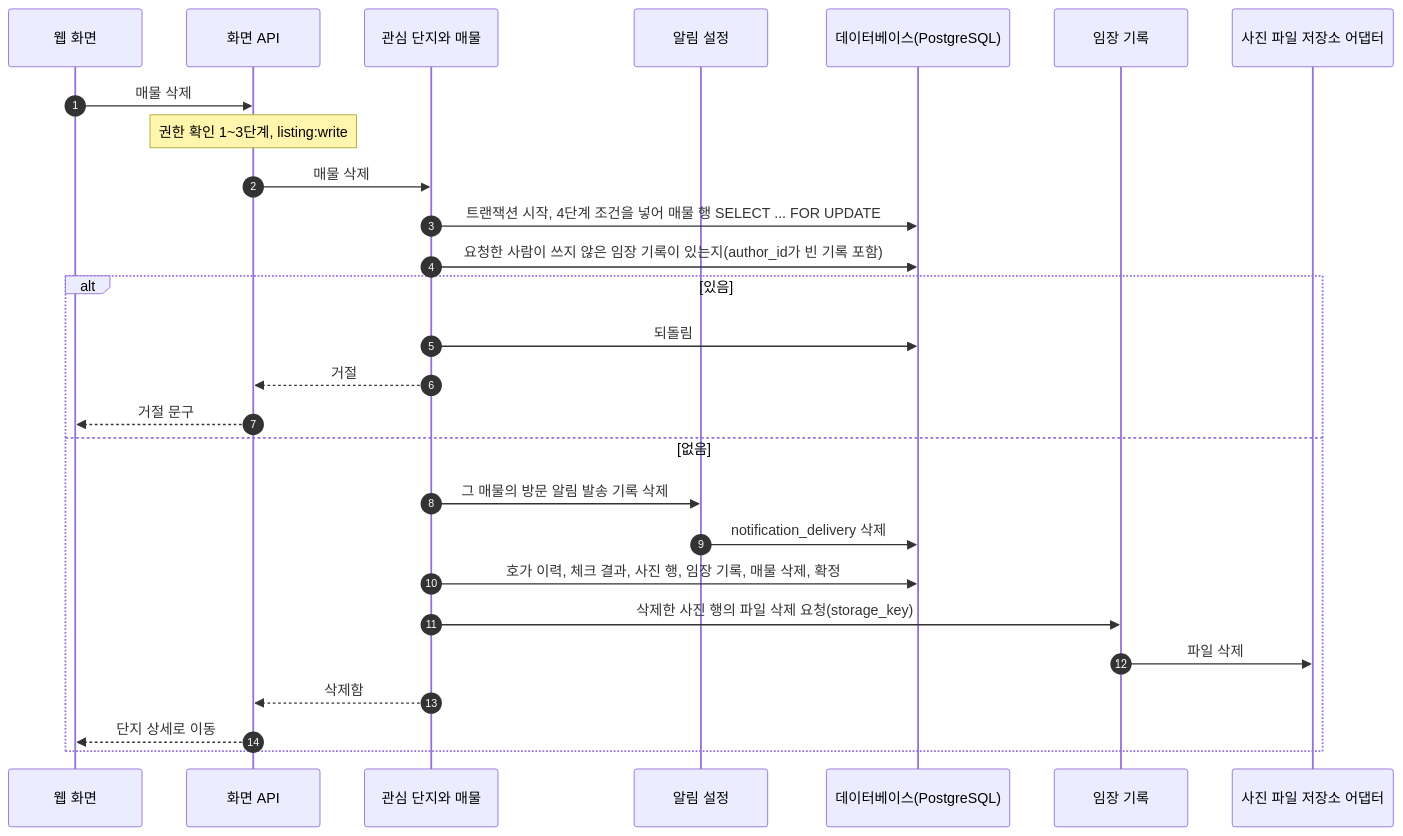
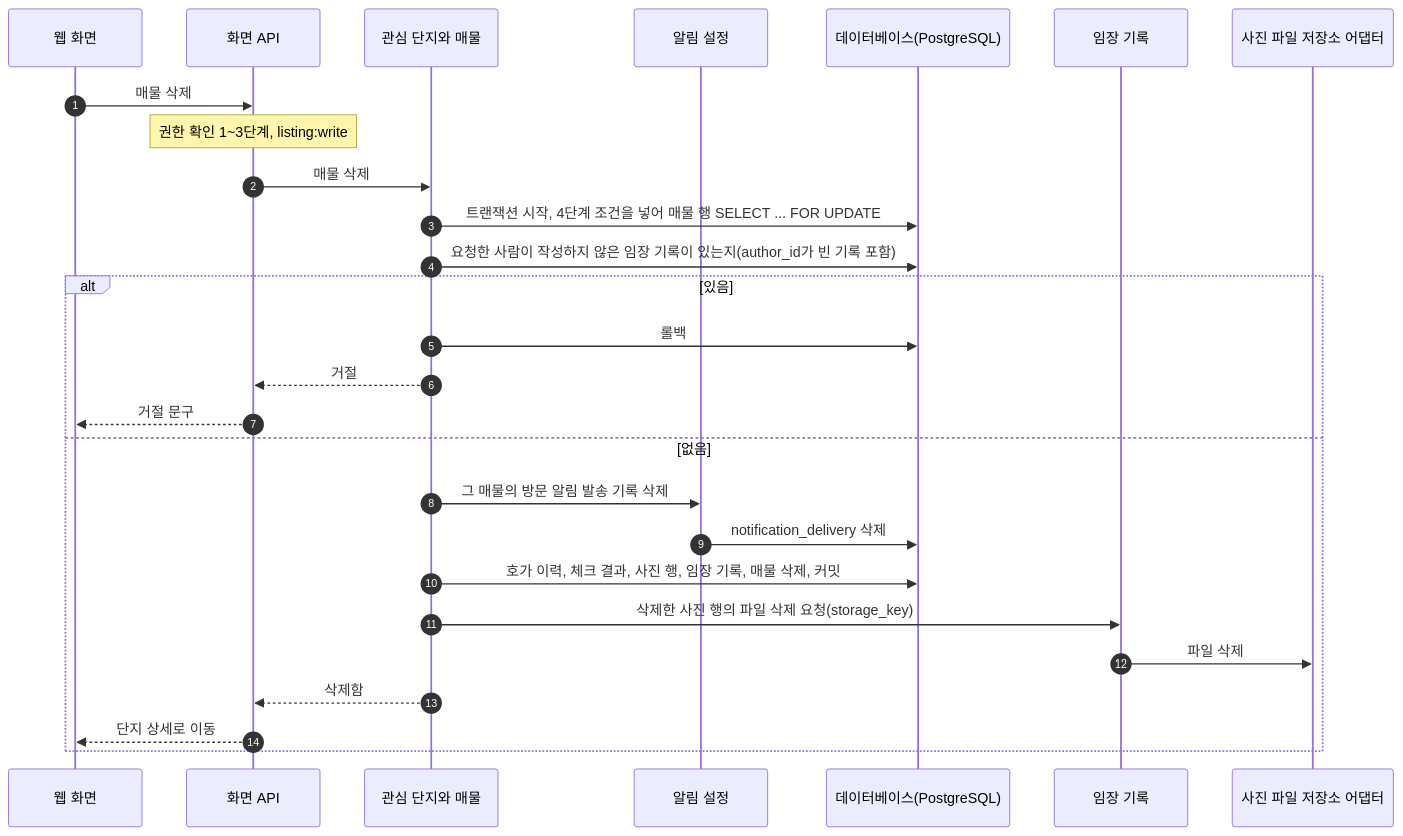
The ninth of 12 diagrams in docs/architecture/flows.md (Park-Seung-Hun/real-estate), drawn with Mermaid before and after one commit. The commit also changed other lines of this file and 22 other files, not shown here.

````diff
--- a/docs/architecture/flows.md
+++ b/docs/architecture/flows.md
@@ -426,30 +434,30 @@
 ```mermaid
 sequenceDiagram
   autonumber
   participant web as 웹 화면
   participant api as 화면 API
   participant listing as 관심 단지와 매물
   participant notiSet as 알림 설정
   participant db as 데이터베이스(PostgreSQL)
   participant visit as 임장 기록
   participant photoAd as 사진 파일 저장소 어댑터
 
   web->>api: 매물 삭제
   Note over api: 권한 확인 1~3단계, listing:write
   api->>listing: 매물 삭제
   listing->>db: 트랜잭션 시작, 4단계 조건을 넣어 매물 행 SELECT ... FOR UPDATE
-  listing->>db: 요청한 사람이 쓰지 않은 임장 기록이 있는지(author_id가 빈 기록 포함)
+  listing->>db: 요청한 사람이 작성하지 않은 임장 기록이 있는지(author_id가 빈 기록 포함)
   alt 있음
-    listing->>db: 되돌림
+    listing->>db: 롤백
     listing-->>api: 거절
     api-->>web: 거절 문구
   else 없음
     listing->>notiSet: 그 매물의 방문 알림 발송 기록 삭제
     notiSet->>db: notification_delivery 삭제
-    listing->>db: 호가 이력, 체크 결과, 사진 행, 임장 기록, 매물 삭제, 확정
+    listing->>db: 호가 이력, 체크 결과, 사진 행, 임장 기록, 매물 삭제, 커밋
     listing->>visit: 삭제한 사진 행의 파일 삭제 요청(storage_key)
     visit->>photoAd: 파일 삭제
     listing-->>api: 삭제함
     api-->>web: 단지 상세로 이동
   end
 ```
````
